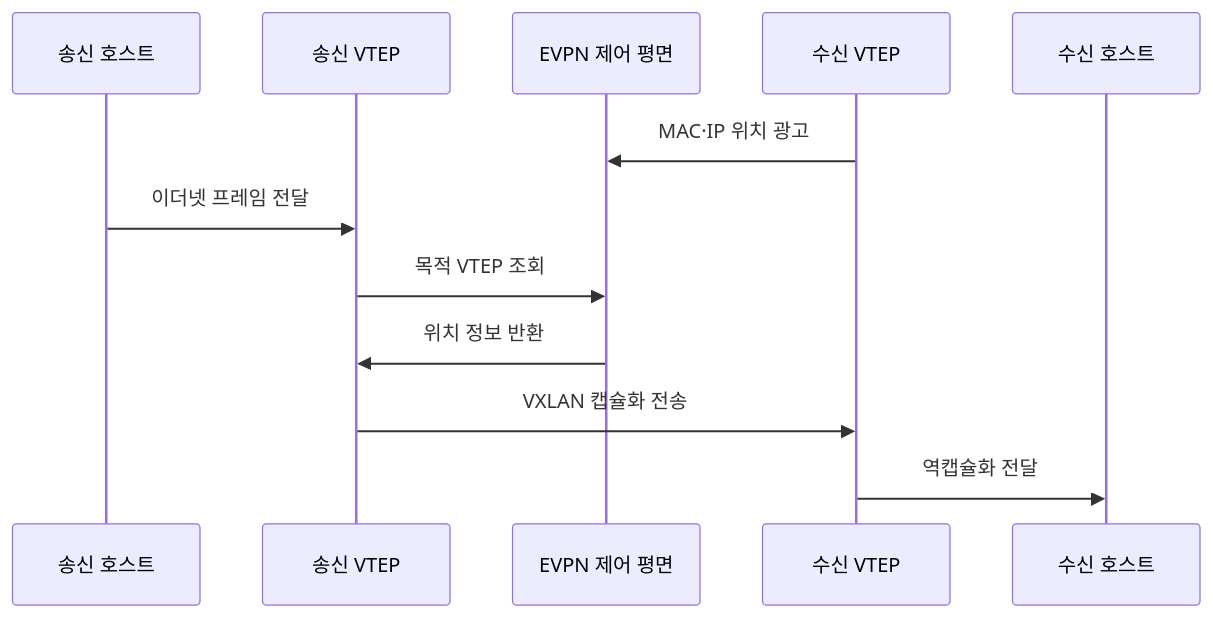
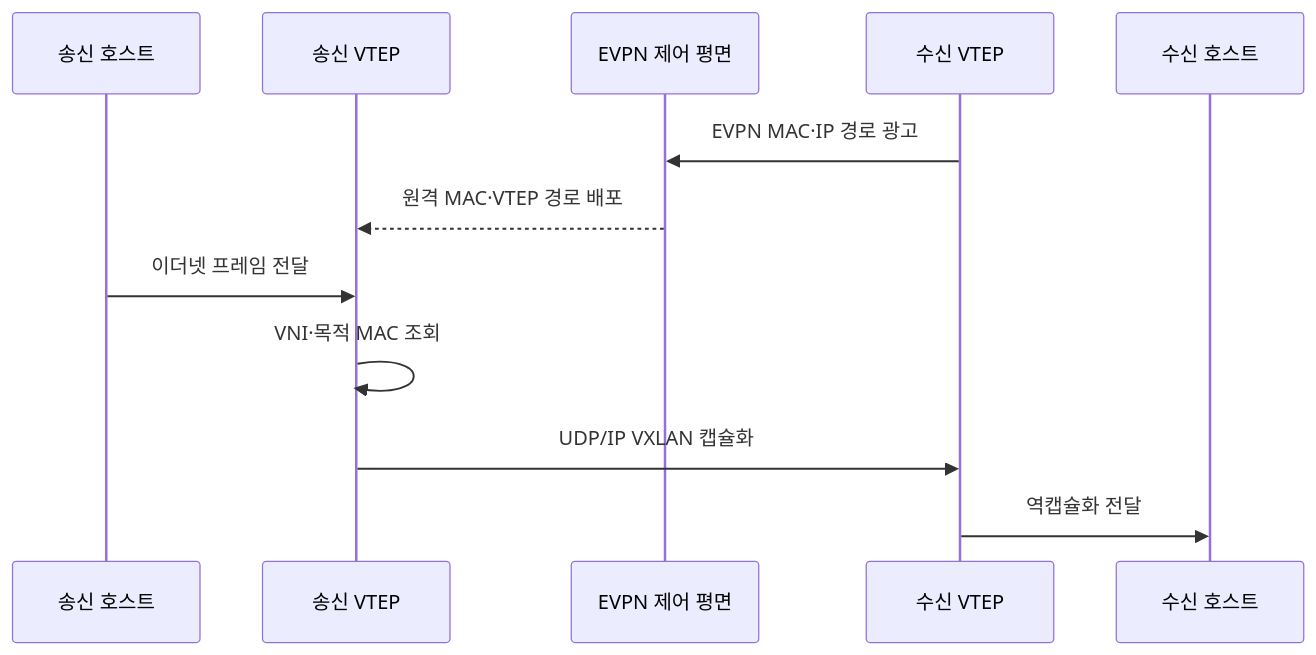
One commit to agnusdei1207/knowledge-base changed the second of 2 diagrams in src/content/docs/notes/04-network/059_vxlan_overlay.md. Above: the diagram before and after it, drawn with Mermaid. The commit also changed other lines of this file and 7 other files, not shown here.

````diff
--- a/src/content/docs/notes/04-network/059_vxlan_overlay.md
+++ b/src/content/docs/notes/04-network/059_vxlan_overlay.md
@@ -92,14 +92,14 @@
 ```mermaid
 sequenceDiagram
     participant S as 송신 호스트
     participant V1 as 송신 VTEP
     participant E as EVPN 제어 평면
     participant V2 as 수신 VTEP
     participant D as 수신 호스트
-    V2->>E: MAC·IP 위치 광고
+    V2->>E: EVPN MAC·IP 경로 광고
+    E-->>V1: 원격 MAC·VTEP 경로 배포
     S->>V1: 이더넷 프레임 전달
-    V1->>E: 목적 VTEP 조회
-    E->>V1: 위치 정보 반환
-    V1->>V2: VXLAN 캡슐화 전송
+    V1->>V1: VNI·목적 MAC 조회
+    V1->>V2: UDP/IP VXLAN 캡슐화
     V2->>D: 역캡슐화 전달
 ```
````
